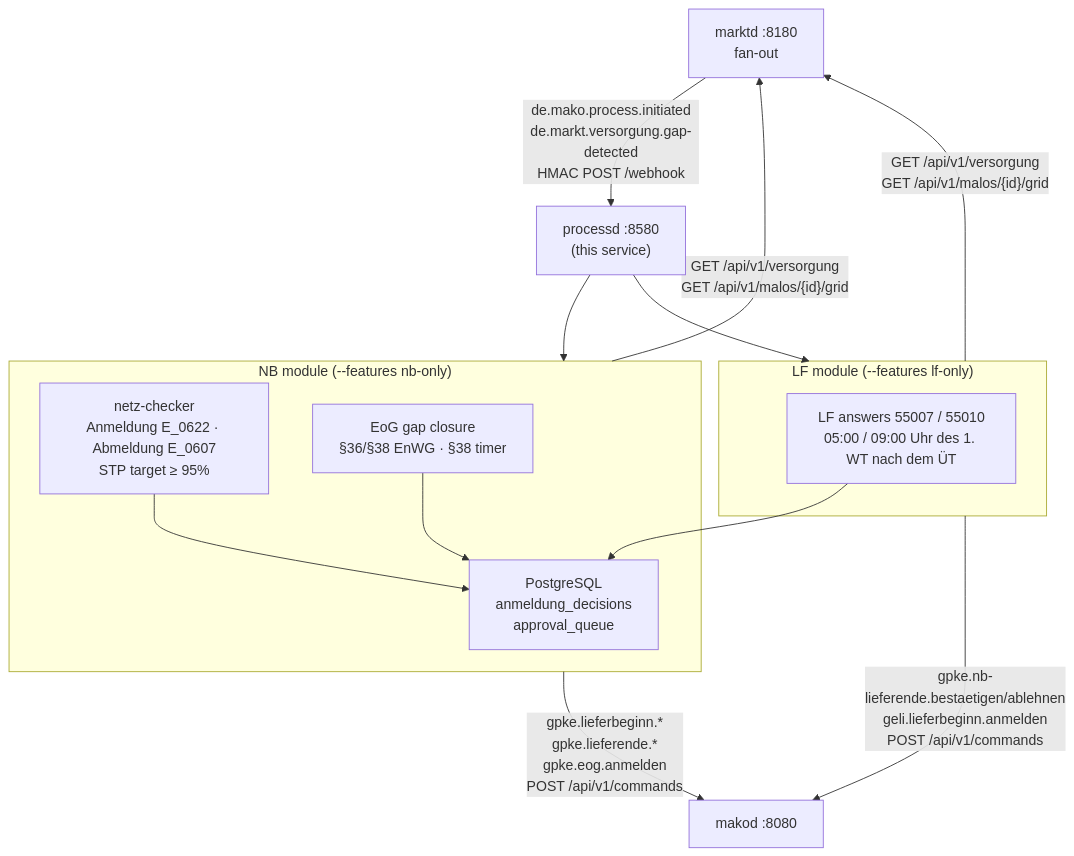
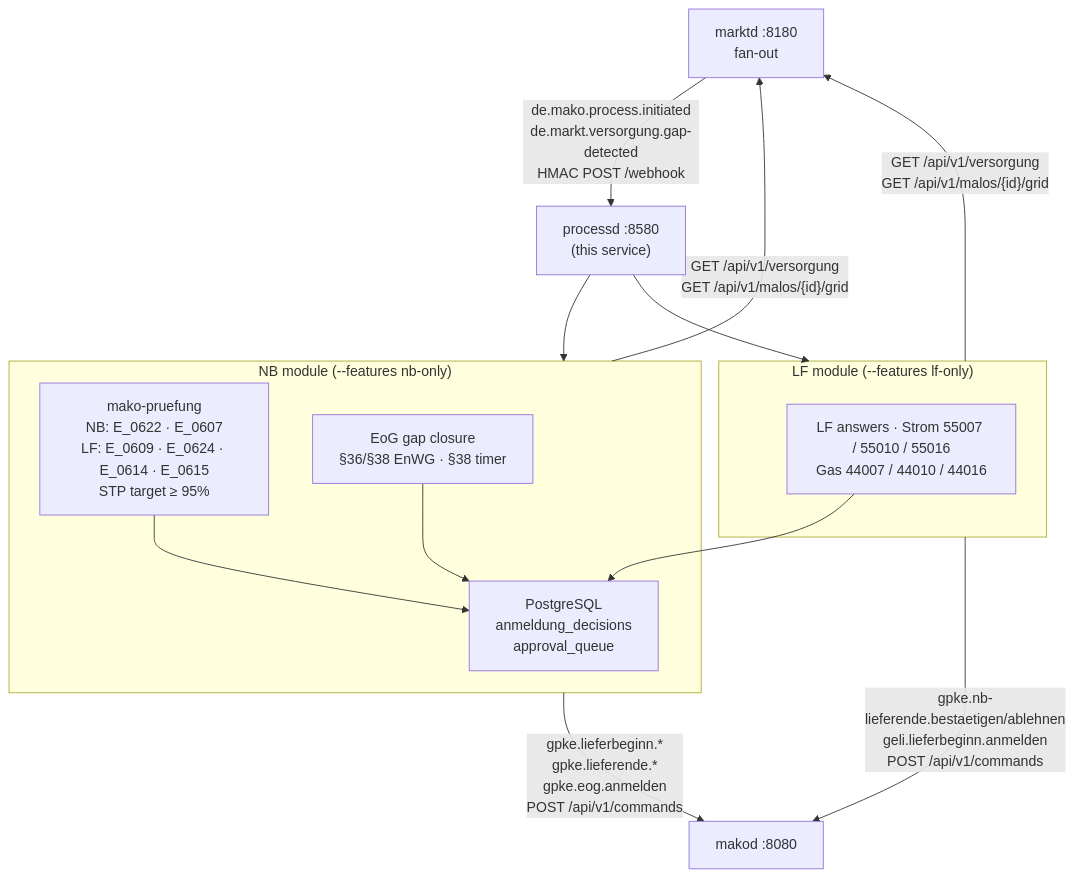
The first of 2 diagrams in site/content/docs/services/processd.md (hupe1980/mako), drawn with Mermaid before and after one commit. The commit also changed other lines of this file and 292 other files, not shown here.

````diff
--- a/site/content/docs/services/processd.md
+++ b/site/content/docs/services/processd.md
@@ -13,27 +13,27 @@
 ```mermaid
 graph TB
     marktd["marktd :8180<br/>fan-out"]
     processd["processd :8580<br/>(this service)"]
     makod["makod :8080"]
     pg["PostgreSQL<br/>anmeldung_decisions<br/>approval_queue"]
 
     marktd -->|"de.mako.process.initiated<br/>de.markt.versorgung.gap-detected<br/>HMAC POST /webhook"| processd
 
     subgraph NB ["NB module (--features nb-only)"]
-        NC["netz-checker<br/>Anmeldung E_0622 · Abmeldung E_0607<br/>STP target ≥ 95%"]
+        NC["mako-pruefung<br/>NB: E_0622 · E_0607<br/>LF: E_0609 · E_0624 · E_0614 · E_0615<br/>STP target ≥ 95%"]
         EOG["EoG gap closure<br/>§36/§38 EnWG · §38 timer"]
         NC --> pg
         EOG --> pg
     end
 
     subgraph LF ["LF module (--features lf-only)"]
-        LFA["LF answers 55007 / 55010<br/>05:00 / 09:00 Uhr des 1. WT nach dem ÜT"]
+        LFA["LF answers · Strom 55007 / 55010 / 55016<br/>Gas 44007 / 44010 / 44016"]
         LFA --> pg
     end
 
     processd --> NB
     processd --> LF
     NB -->|"gpke.lieferbeginn.*<br/>gpke.lieferende.*<br/>gpke.eog.anmelden<br/>POST /api/v1/commands"| makod
     LF -->|"gpke.nb-lieferende.bestaetigen/ablehnen<br/>geli.lieferbeginn.anmelden<br/>POST /api/v1/commands"| makod
     NB & LF -->|"GET /api/v1/versorgung<br/>GET /api/v1/malos/{id}/grid"| marktd
 ```
````
